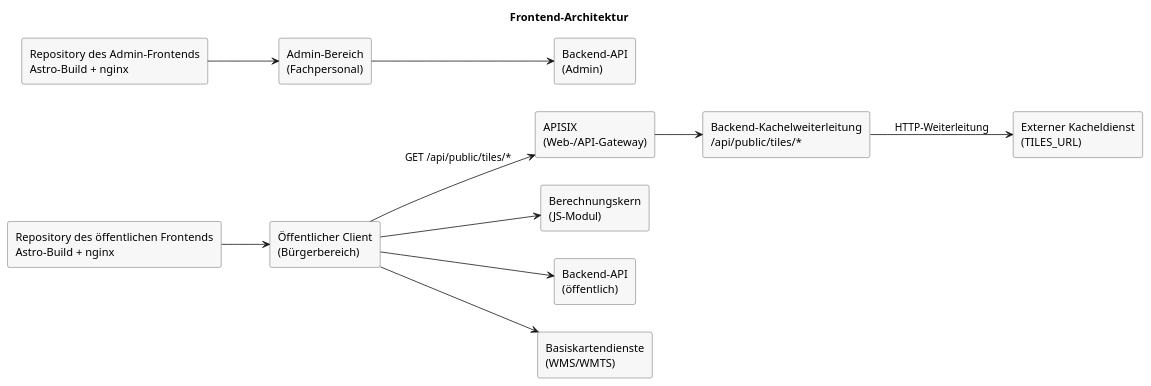
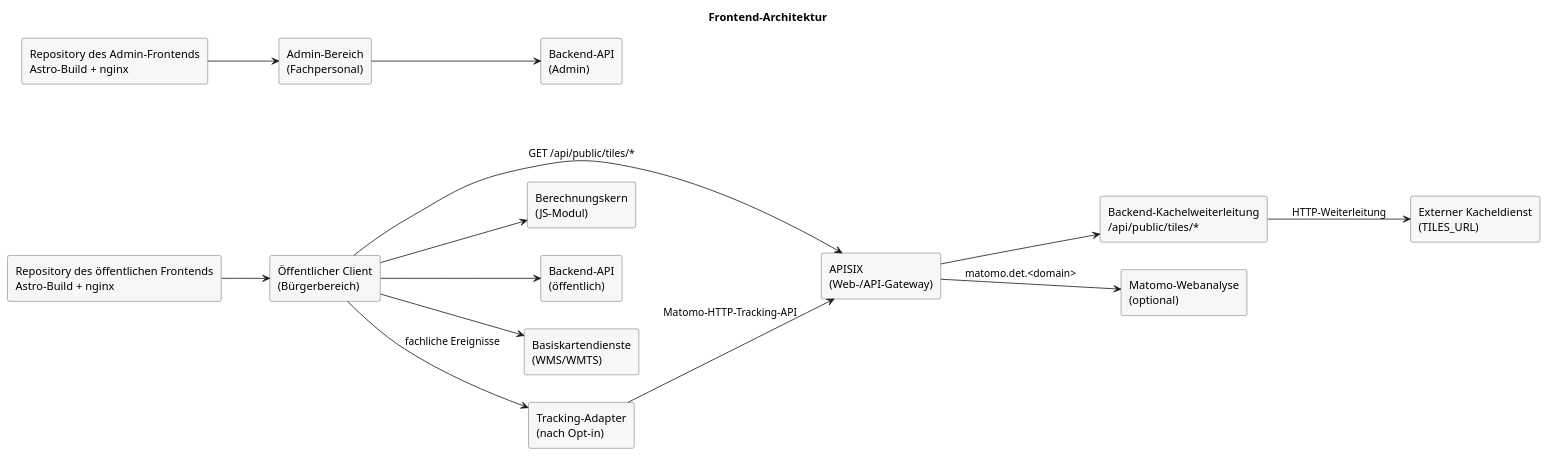
One commit to csi-FOXBYTE/Regensburg_DigitalerEnergieZwilling_MonoRepo changed the diagram in apps/backend/docs/architecture/raw/frontend-architecture.puml. Above: the diagram before and after it, drawn with PlantUML. The commit also changed 9 other files, not shown here.

Commit message:
docs: updated the matomo status and diagrams

```diff
--- a/apps/backend/docs/architecture/raw/frontend-architecture.puml
+++ b/apps/backend/docs/architecture/raw/frontend-architecture.puml
@@ -1,32 +1,37 @@
 @startuml
 left to right direction
 skinparam rectangle {
   BackgroundColor #F7F7F7
   BorderColor #444444
 }
 
 title Frontend-Architektur
 
 rectangle "Repository des öffentlichen Frontends\nAstro-Build + nginx" as public_build
 rectangle "Repository des Admin-Frontends\nAstro-Build + nginx" as admin_build
 rectangle "APISIX\n(Web-/API-Gateway)" as apisix
 rectangle "Öffentlicher Client\n(Bürgerbereich)" as public_client
 rectangle "Admin-Bereich\n(Fachpersonal)" as admin_client
 rectangle "Berechnungskern\n(JS-Modul)" as core
 rectangle "Backend-Kachelweiterleitung\n/api/public/tiles/*" as tiles_redirect
 rectangle "Externer Kacheldienst\n(TILES_URL)" as tiles
 rectangle "Backend-API\n(öffentlich)" as api_public
 rectangle "Backend-API\n(Admin)" as api_admin
 rectangle "Basiskartendienste\n(WMS/WMTS)" as basemap
+rectangle "Tracking-Adapter\n(nach Opt-in)" as tracking
+rectangle "Matomo-Webanalyse\n(optional)" as matomo
 
 public_build --> public_client
 admin_build --> admin_client
 public_client --> core
 public_client --> apisix : GET /api/public/tiles/*
 apisix --> tiles_redirect
 tiles_redirect --> tiles : HTTP-Weiterleitung
 public_client --> api_public
 admin_client --> api_admin
 public_client --> basemap
+public_client --> tracking : fachliche Ereignisse
+tracking --> apisix : Matomo-HTTP-Tracking-API
+apisix --> matomo : matomo.det.<domain>
 
 @enduml
```
